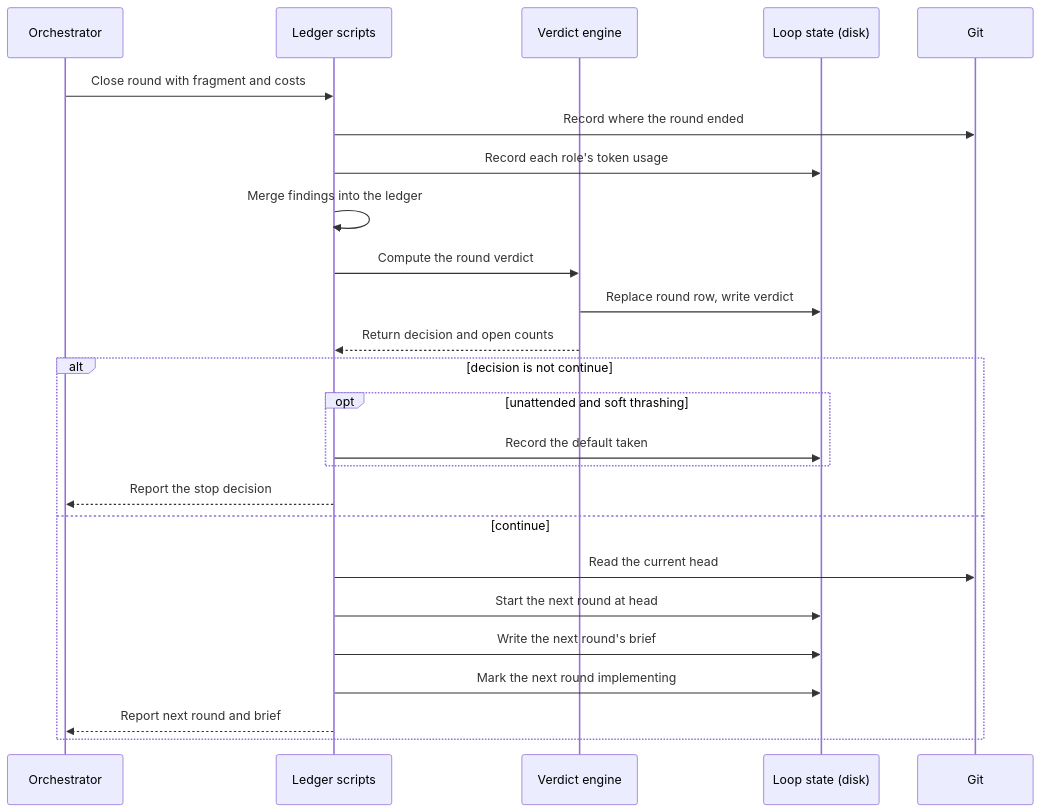
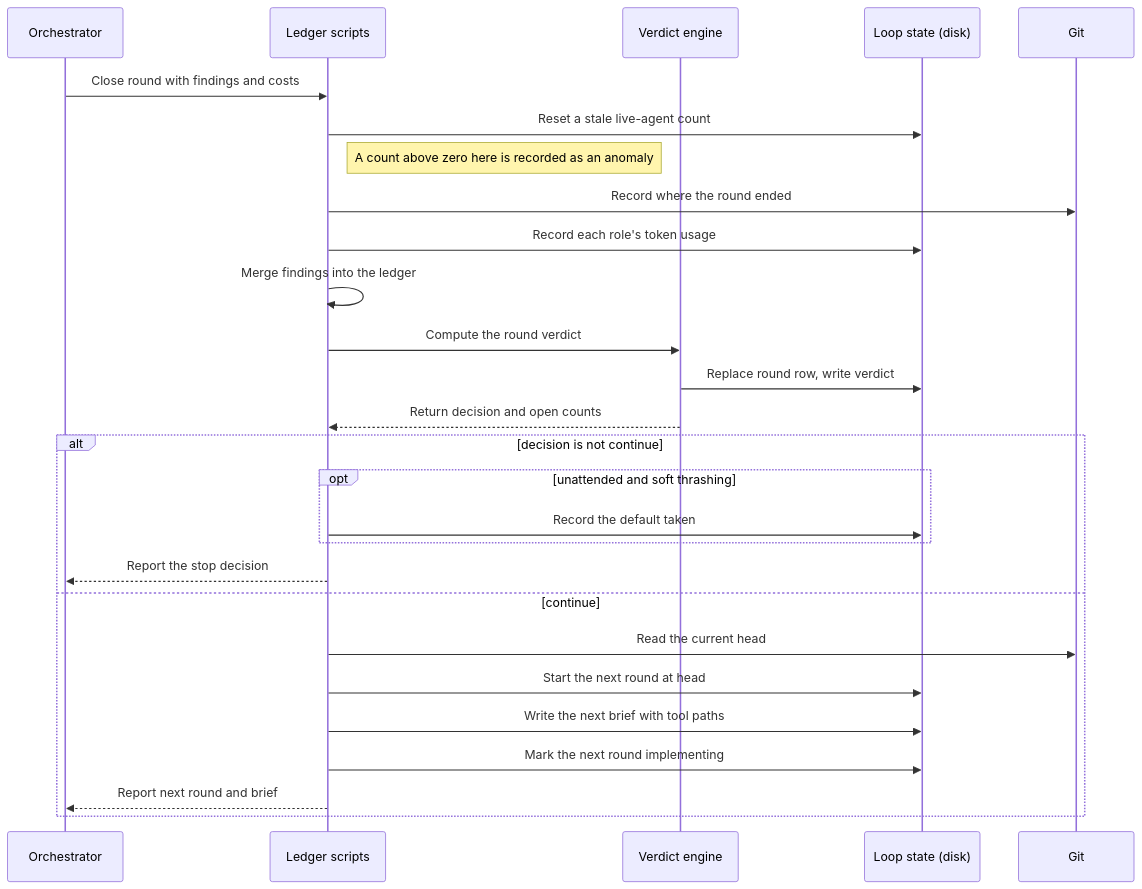
One commit to peterlit/quiller-claude-plugins changed diagram 12 of 30 in docs/architecture/review-loop-tools.md. Above: the diagram before and after it, drawn with Mermaid. The commit also changed other lines of this file and 5 other files, not shown here.

````diff
--- a/docs/architecture/review-loop-tools.md
+++ b/docs/architecture/review-loop-tools.md
@@ -799,28 +1365,30 @@
 ```mermaid
 sequenceDiagram
     participant O as Orchestrator
     participant L as Ledger scripts
     participant V as Verdict engine
     participant S as Loop state (disk)
     participant G as Git
 
-    O->>L: Close round with fragment and costs
+    O->>L: Close round with findings and costs
+    L->>S: Reset a stale live-agent count
+    Note right of L: A count above zero here is recorded as an anomaly
     L->>G: Record where the round ended
     L->>S: Record each role's token usage
     L->>L: Merge findings into the ledger
     L->>V: Compute the round verdict
     V->>S: Replace round row, write verdict
     V-->>L: Return decision and open counts
     alt decision is not continue
         opt unattended and soft thrashing
             L->>S: Record the default taken
         end
         L-->>O: Report the stop decision
     else continue
         L->>G: Read the current head
         L->>S: Start the next round at head
-        L->>S: Write the next round's brief
+        L->>S: Write the next brief with tool paths
         L->>S: Mark the next round implementing
         L-->>O: Report next round and brief
     end
 ```
````
